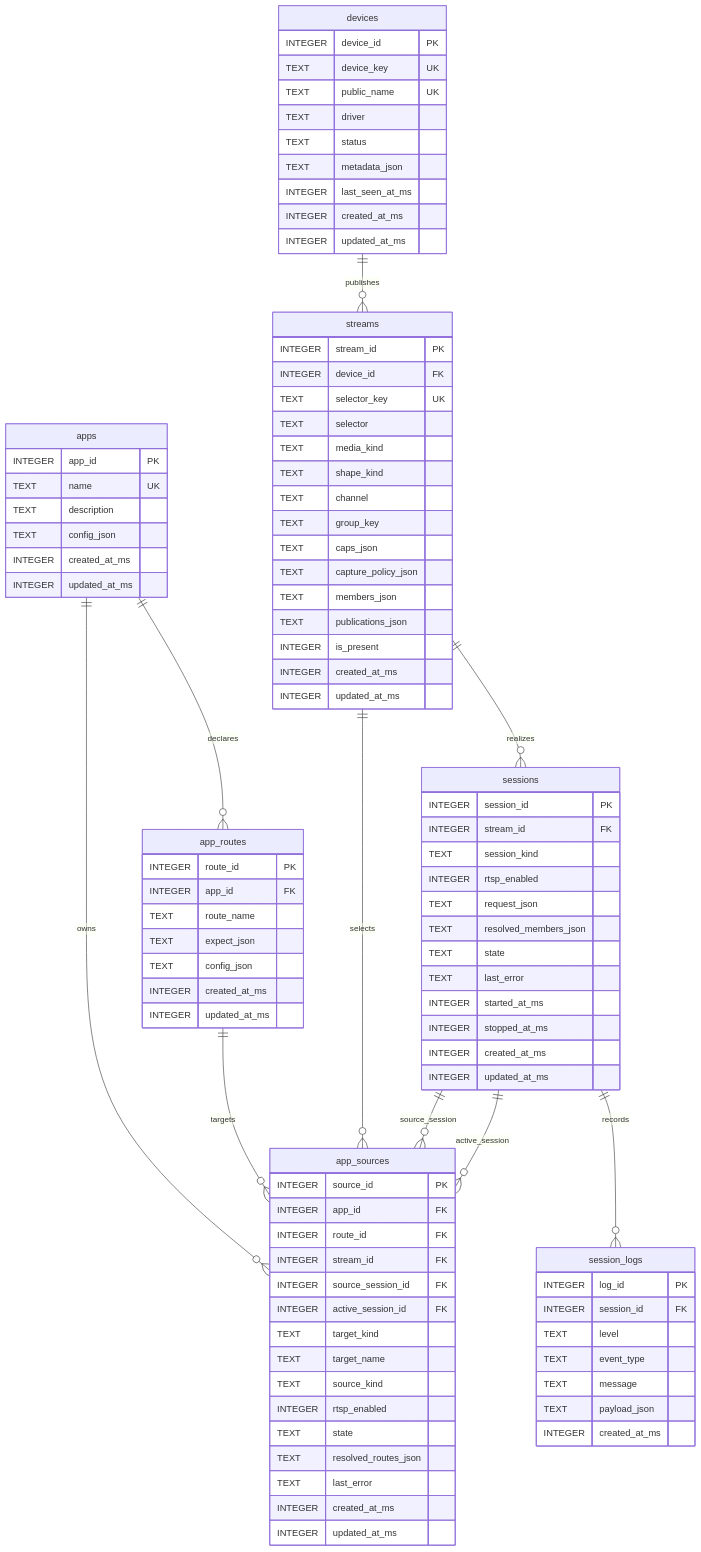
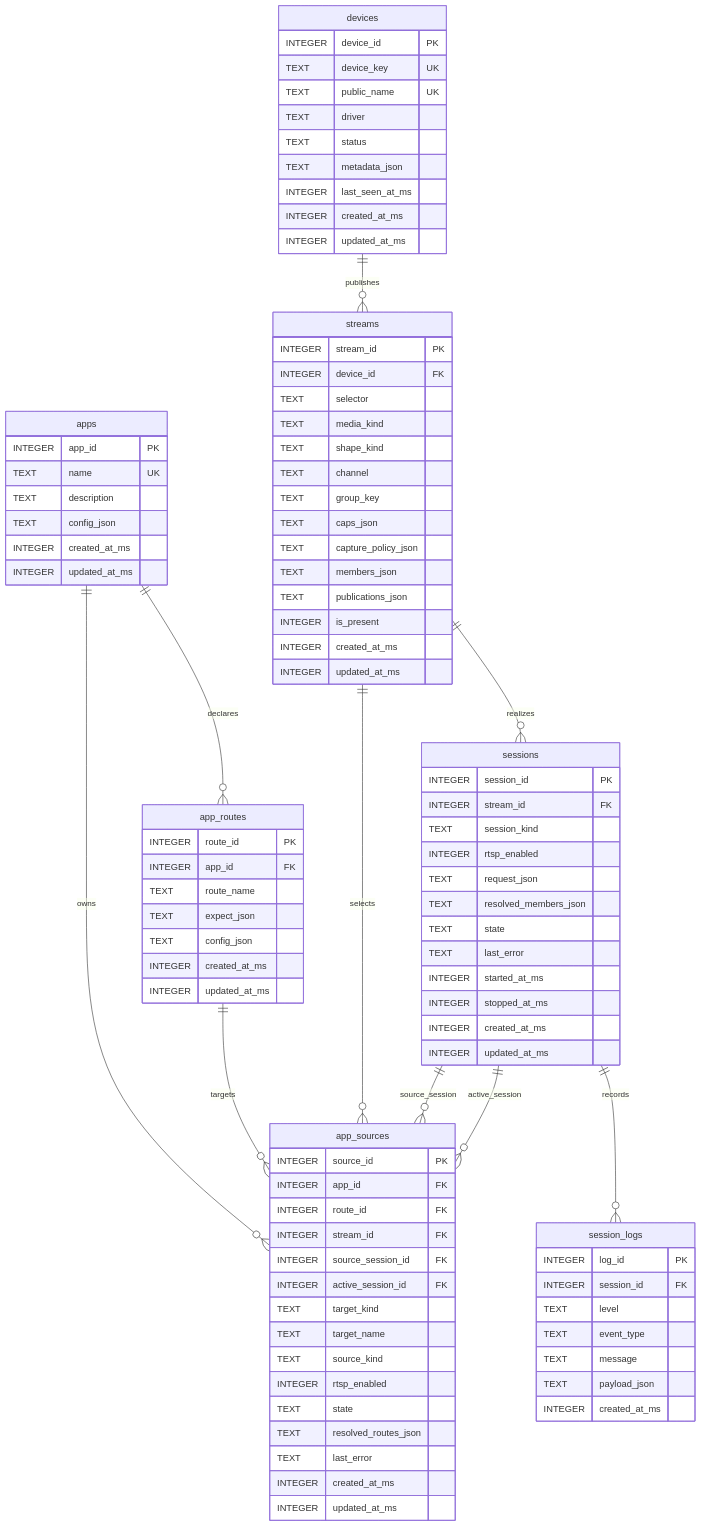
The diagram in docs/diagram/intent-routing-er.md (YixinZ-NUS/insight-io), drawn with Mermaid before and after one commit. The commit also changed other lines of this file and 16 other files, not shown here.

```diff
--- a/docs/diagram/intent-routing-er.md
+++ b/docs/diagram/intent-routing-er.md
@@ -44,7 +45,6 @@
     streams {
         INTEGER stream_id PK
         INTEGER device_id FK
-        TEXT selector_key UK
         TEXT selector
         TEXT media_kind
         TEXT shape_kind
```
